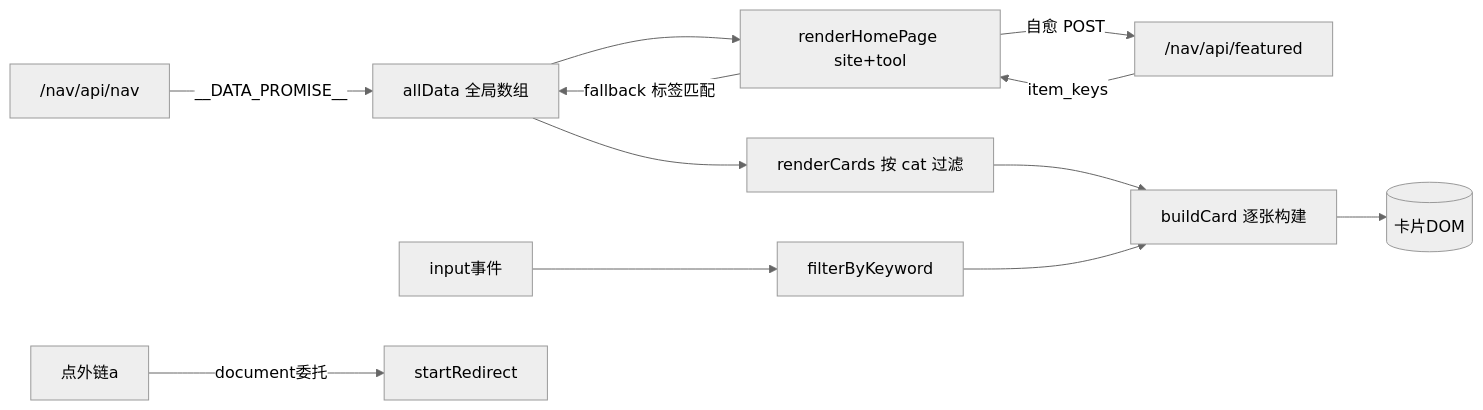
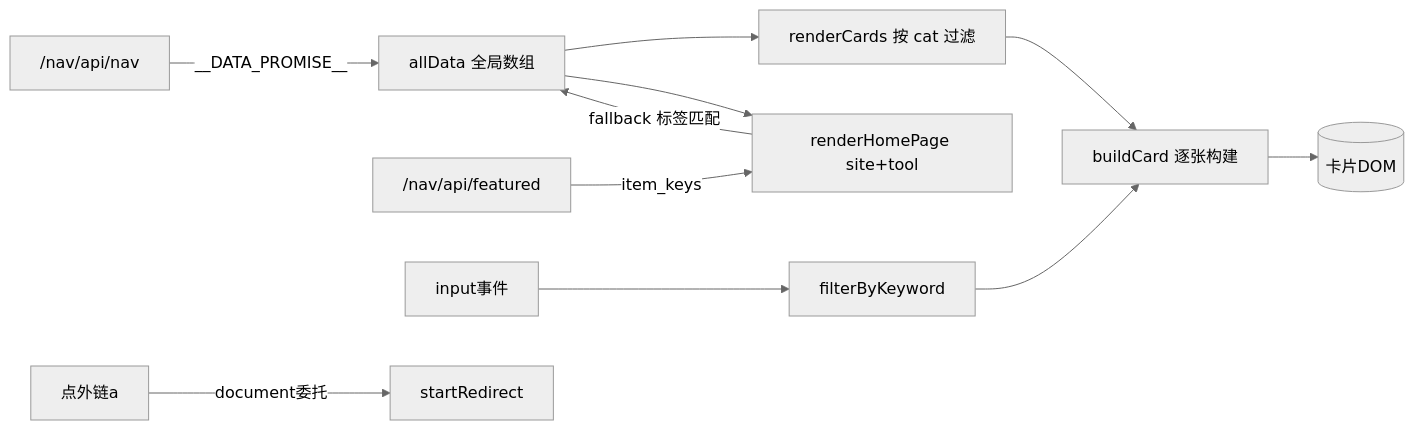
The diagram in 03-部署的JS/主应用逻辑脚本（卡片与交互）.md (argb6/galnavi-obsidian), drawn with Mermaid (neutral theme) before and after one commit. The commit also changed other lines of this file and 34 other files, not shown here.

````diff
--- a/03-部署的JS/主应用逻辑脚本（卡片与交互）.md
+++ b/03-部署的JS/主应用逻辑脚本（卡片与交互）.md
@@ -325,14 +315,13 @@
 ```mermaid
 graph LR
     D1["/nav/api/nav"] -->|__DATA_PROMISE__| ALL[allData 全局数组]
     ALL --> RC[renderCards 按 cat 过滤]
     ALL --> RH[renderHomePage site+tool]
     KV["/nav/api/featured"] -->|item_keys| RH
     RH -->|fallback 标签匹配| ALL
-    RH -->|自愈 POST| KV
     RC --> BC[buildCard 逐张构建]
     BC --> DOM[(卡片DOM)]
     SEARCH[input事件] --> FBK[filterByKeyword]
     FBK --> BC
     CLICK[点外链a] -->|document委托| SR[startRedirect]
 ```
````
